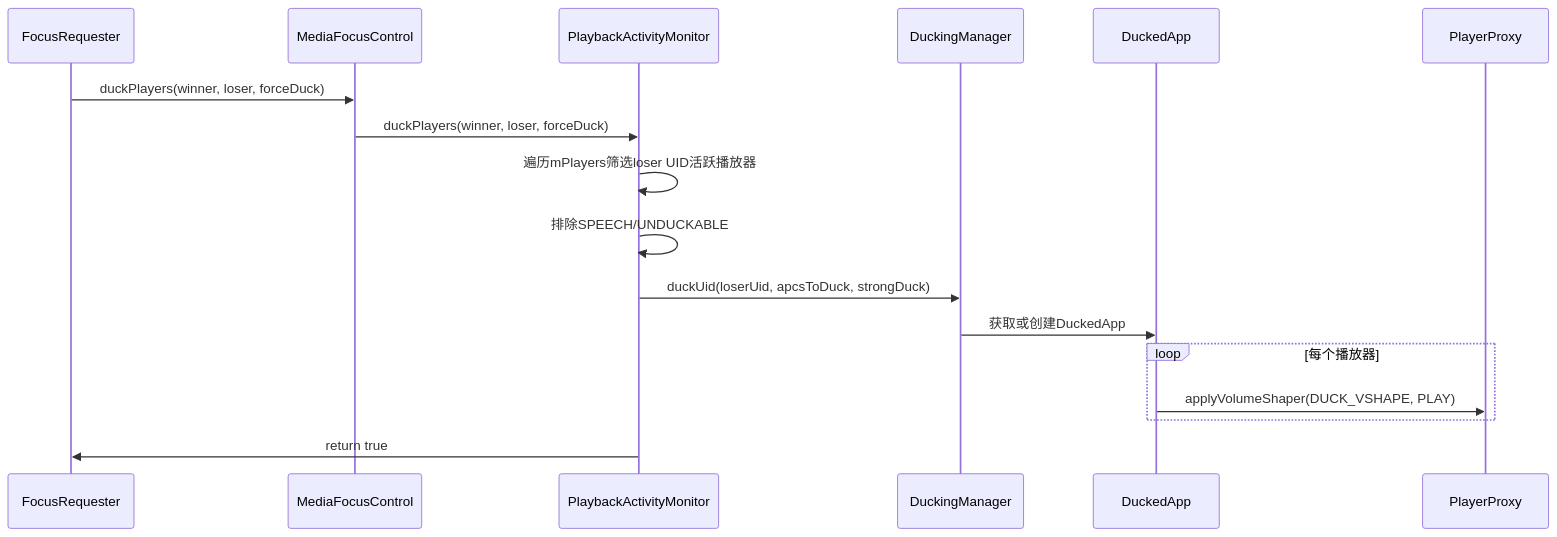
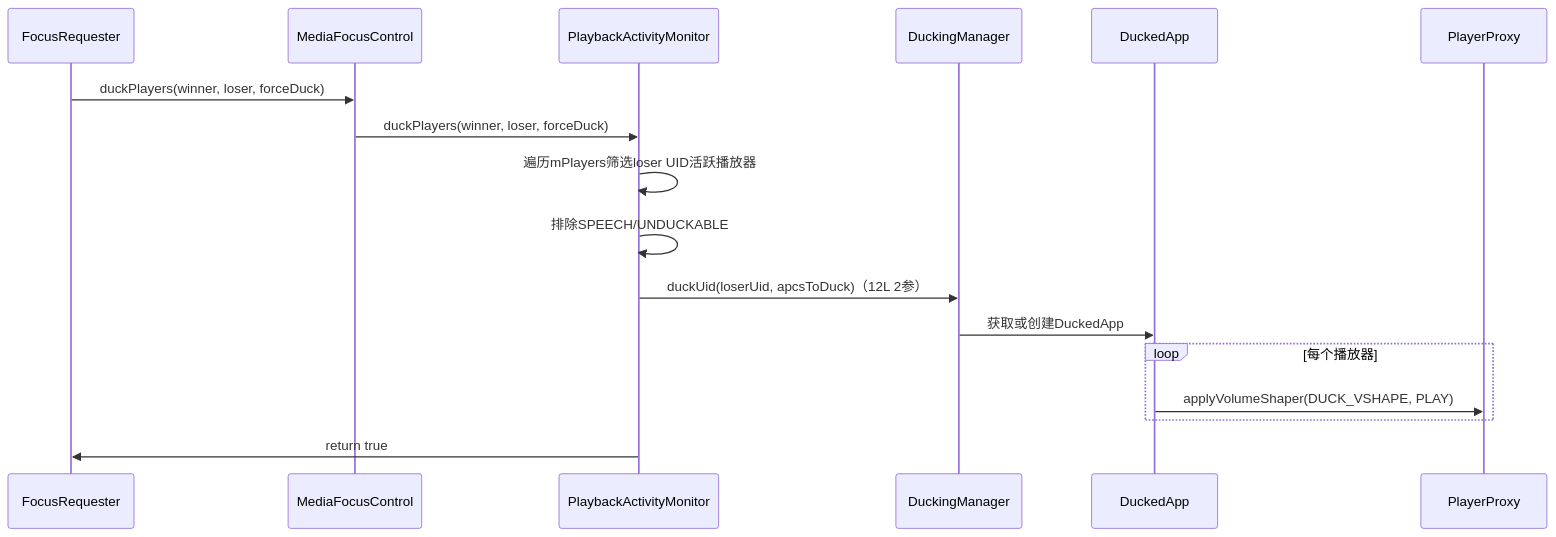
Before and after one commit to yanglinzhen1022/SA8295_AAOS_QNX_Audio_KnowledgeBase: the second of 6 diagrams in 12_Audio_Focus_Deep_Dive/12_12.5_框架级焦点执行机制.md, drawn with Mermaid. The commit also changed other lines of this file and 14 other files, not shown here.

````diff
--- a/12_Audio_Focus_Deep_Dive/12_12.5_框架级焦点执行机制.md
+++ b/12_Audio_Focus_Deep_Dive/12_12.5_框架级焦点执行机制.md
@@ -74,20 +75,20 @@
 ```mermaid
 sequenceDiagram
     participant FR as FocusRequester
     participant MFC as MediaFocusControl
     participant PAM as PlaybackActivityMonitor
     participant DM as DuckingManager
     participant DA as DuckedApp
     participant PP as PlayerProxy
 
     FR->>MFC: duckPlayers(winner, loser, forceDuck)
     MFC->>PAM: duckPlayers(winner, loser, forceDuck)
     PAM->>PAM: 遍历mPlayers筛选loser UID活跃播放器
     PAM->>PAM: 排除SPEECH/UNDUCKABLE
-    PAM->>DM: duckUid(loserUid, apcsToDuck, strongDuck)
+    PAM->>DM: duckUid(loserUid, apcsToDuck)（12L 2参）
     DM->>DA: 获取或创建DuckedApp
     loop 每个播放器
         DA->>PP: applyVolumeShaper(DUCK_VSHAPE, PLAY)
     end
     PAM->>FR: return true
 ```
````
